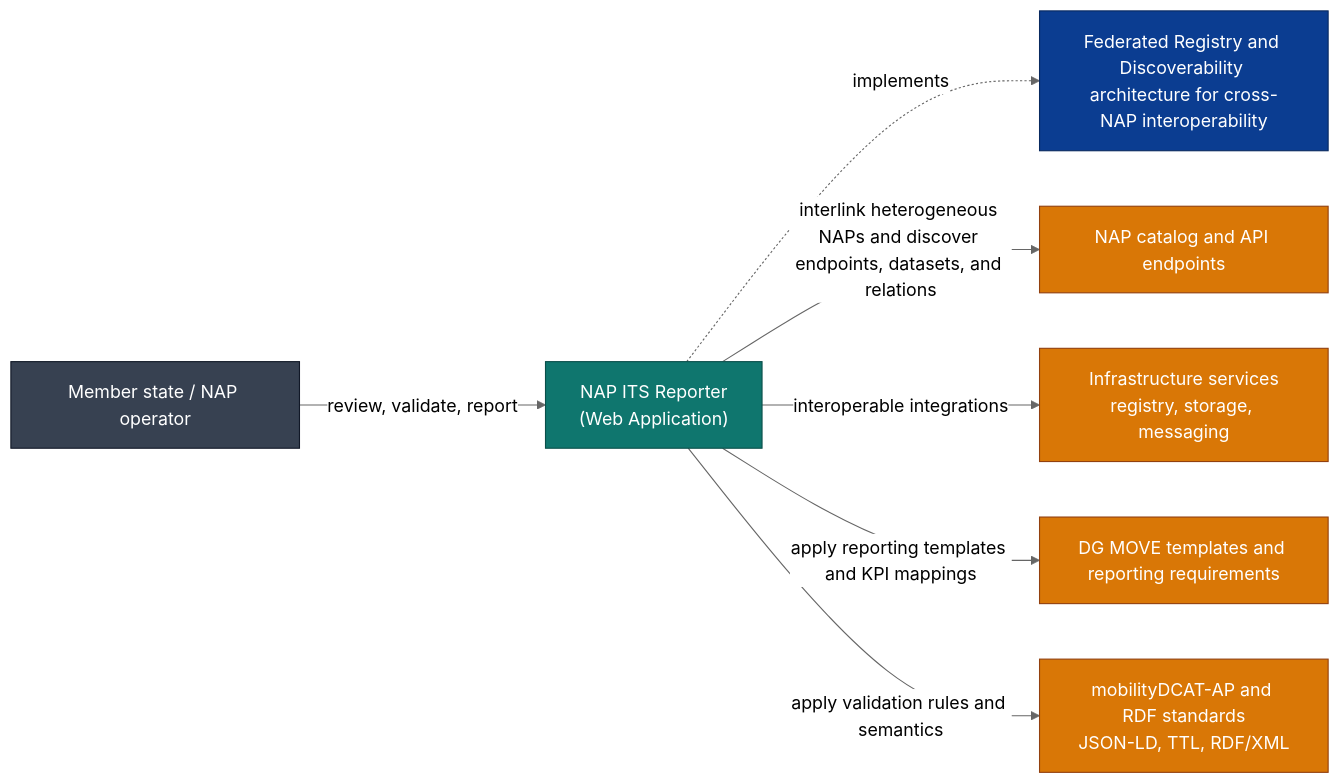
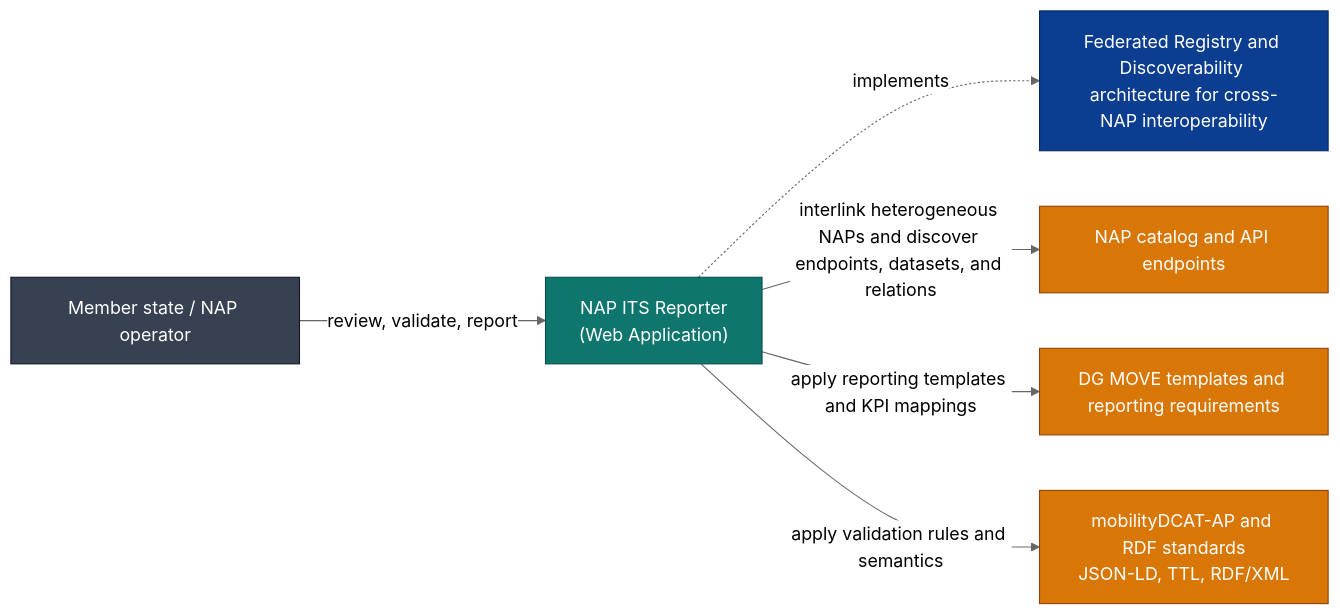
One commit to UM-KGPI/Napcore-ITS-Reporting changed the diagram in docs/architecture/mermaid/system-context.mmd. Above: the diagram before and after it, drawn with Mermaid (neutral theme). The commit also changed 13 other files, not shown here.

Commit message:
docs: refine container diagrams and add DOT layouts (#1)

```diff
--- a/docs/architecture/mermaid/system-context.mmd
+++ b/docs/architecture/mermaid/system-context.mmd
@@ -1,21 +1,19 @@
 flowchart LR
     classDef system fill:#0b3d91,stroke:#08295f,color:#fff
     classDef app fill:#0f766e,stroke:#0a4f4a,color:#fff
     classDef ext fill:#d97706,stroke:#92400e,color:#fff
     classDef user fill:#374151,stroke:#111827,color:#fff
 
     U[Member state / NAP operator]:::user
     APP["NAP ITS Reporter\n(Web Application)"]:::app
     PATTERN["Federated Registry and Discoverability architecture for cross-NAP interoperability"]:::system
 
     NAP[NAP catalog and API endpoints]:::ext
-    INFRA[Infrastructure services\nregistry, storage, messaging]:::ext
     DGMOVE[DG MOVE templates and reporting requirements]:::ext
     STD[mobilityDCAT-AP and RDF standards\nJSON-LD, TTL, RDF/XML]:::ext
 
     U -->|review, validate, report| APP
     APP -.implements.-> PATTERN
     APP -->|interlink heterogeneous NAPs and discover endpoints, datasets, and relations| NAP
-    APP -->|interoperable integrations| INFRA
     APP -->|apply reporting templates and KPI mappings| DGMOVE
     APP -->|apply validation rules and semantics| STD
```
